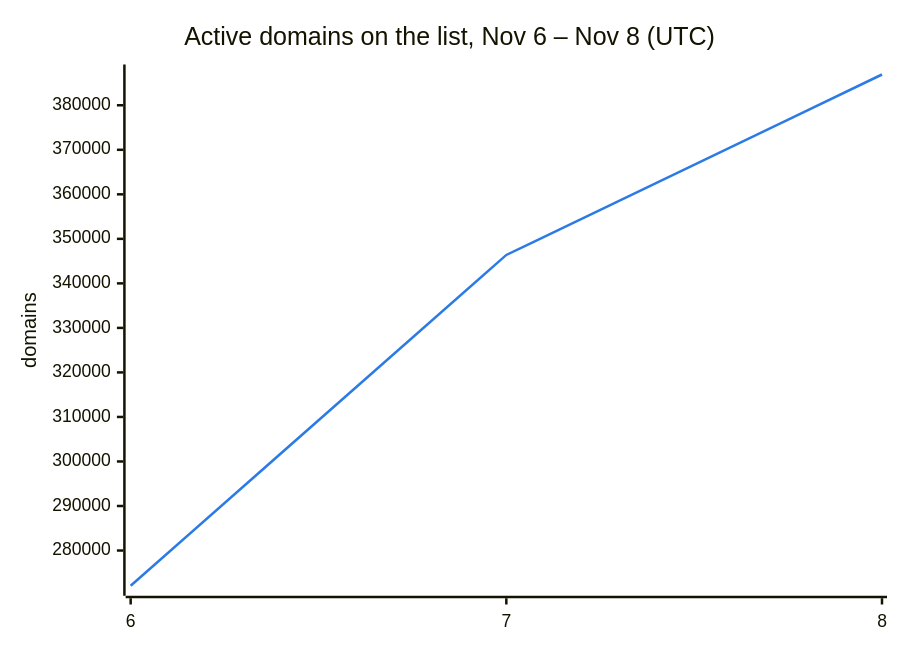
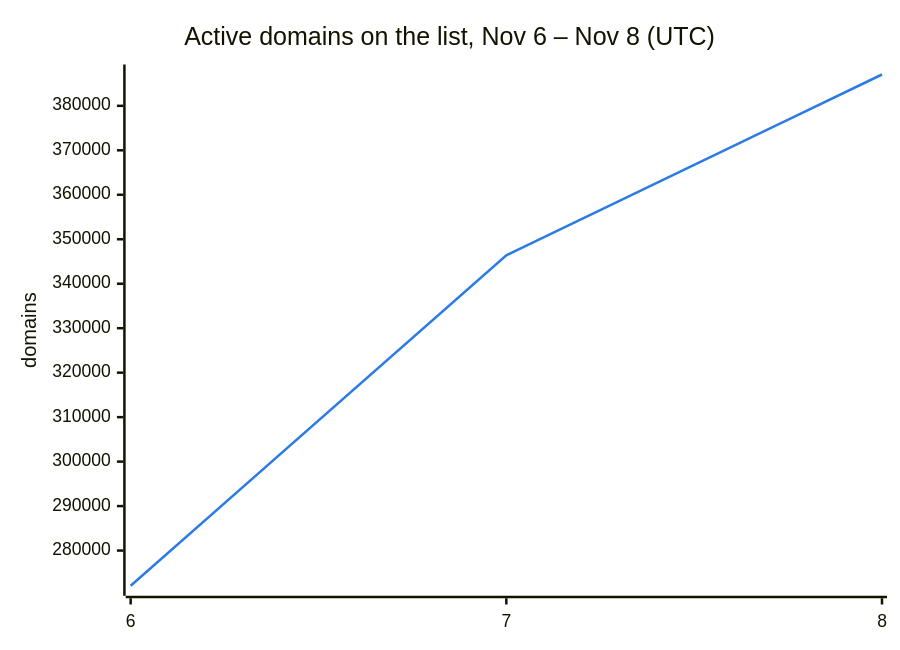
Before and after one commit to DNSBunker/CTI: the second of 3 diagrams in README.md, drawn with Mermaid. The commit also changed other lines of this file and 3 other files, not shown here.

````diff
--- a/README.md
+++ b/README.md
@@ -38,8 +38,8 @@
 ```mermaid
 %%{init: {"themeVariables": {"xyChart": {"plotColorPalette": "#2c7be5"}}}}%%
 xychart-beta
     title "Active domains on the list, Nov 6 – Nov 8 (UTC)"
     x-axis ["6", "7", "8"]
     y-axis "domains"
-    line [272088, 346388, 386912]
+    line [272088, 346388, 387045]
 ```
````
